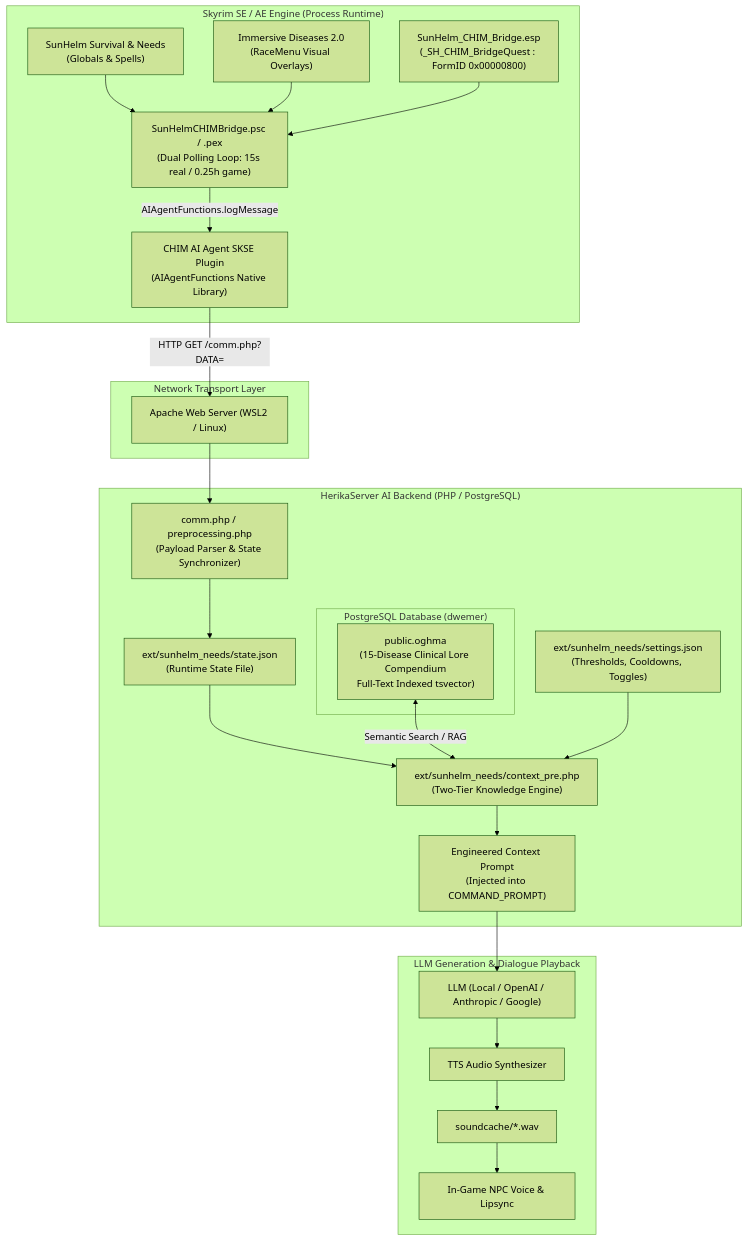
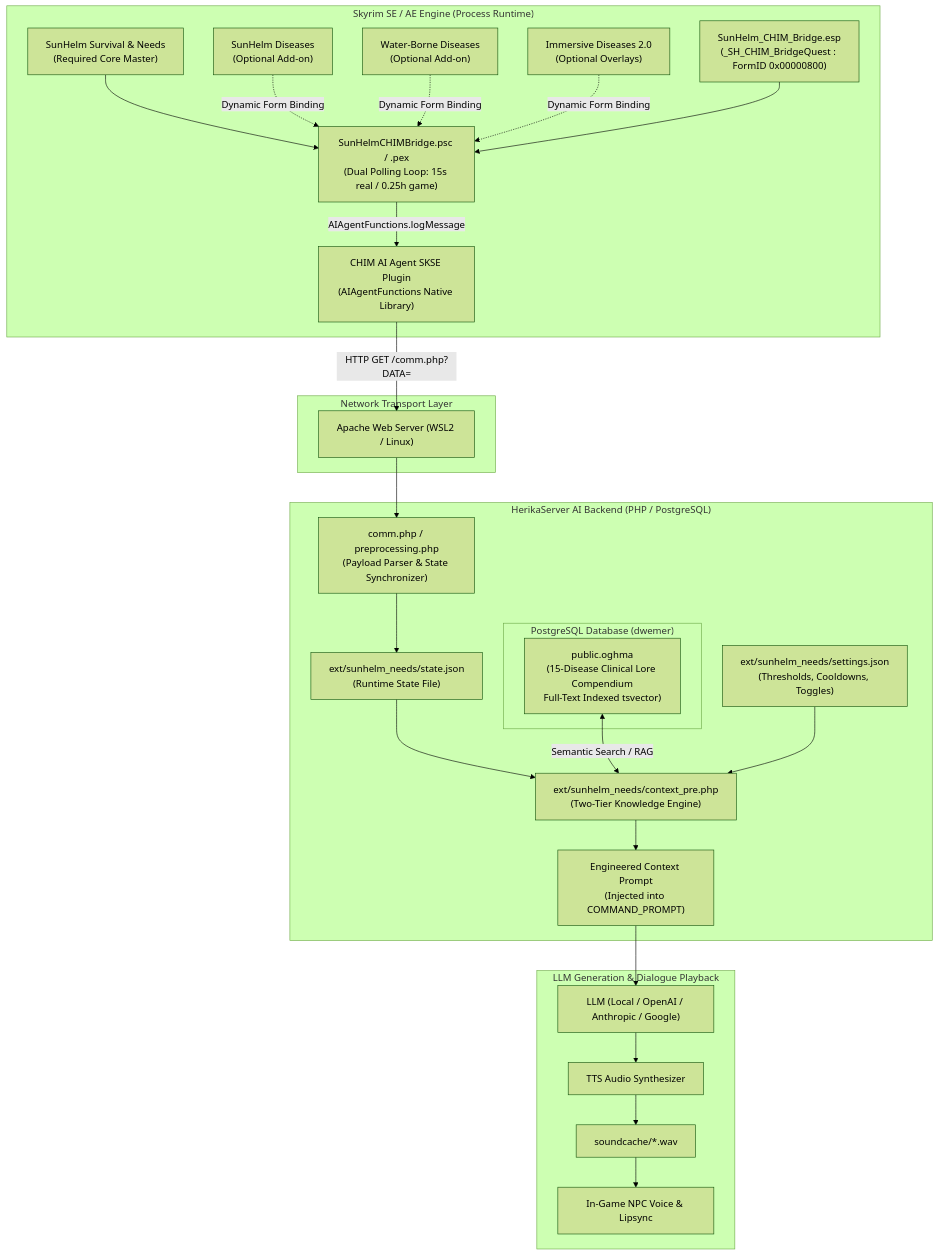
The first of 2 diagrams in ARCHITECTURE.md (Wollecss/CHIM-Needs-and-Diseases-Bridge), drawn with Mermaid (forest theme) before and after one commit. The commit also changed 1 other file, not shown here.

Commit message:
docs: prominently highlight 100% modular architecture and toggles for everything

````diff
--- a/ARCHITECTURE.md
+++ b/ARCHITECTURE.md
@@ -11,41 +11,45 @@
 ```mermaid
 flowchart TD
     subgraph SkyrimEngine ["Skyrim SE / AE Engine (Process Runtime)"]
-        SH["SunHelm Survival & Needs\n(Globals & Spells)"]
-        ID["Immersive Diseases 2.0\n(RaceMenu Visual Overlays)"]
+        SH["SunHelm Survival & Needs\n(Required Core Master)"]
+        SHD["SunHelm Diseases\n(Optional Add-on)"]
+        SHW["Water-Borne Diseases\n(Optional Add-on)"]
+        ID["Immersive Diseases 2.0\n(Optional Overlays)"]
         BridgeQuest["SunHelm_CHIM_Bridge.esp\n(_SH_CHIM_BridgeQuest : FormID 0x00000800)"]
         BridgeScript["SunHelmCHIMBridge.psc / .pex\n(Dual Polling Loop: 15s real / 0.25h game)"]
         CHIM_SKSE["CHIM AI Agent SKSE Plugin\n(AIAgentFunctions Native Library)"]
         
         SH --> BridgeScript
-        ID --> BridgeScript
+        SHD -.->|Dynamic Form Binding| BridgeScript
+        SHW -.->|Dynamic Form Binding| BridgeScript
+        ID -.->|Dynamic Form Binding| BridgeScript
         BridgeQuest --> BridgeScript
         BridgeScript -->|AIAgentFunctions.logMessage| CHIM_SKSE
     end
 
     subgraph NetworkTransport ["Network Transport Layer"]
         CHIM_SKSE -->|"HTTP GET /comm.php?DATA=<base64>"| Apache["Apache Web Server (WSL2 / Linux)"]
     end
 
     subgraph HerikaServer ["HerikaServer AI Backend (PHP / PostgreSQL)"]
         Apache --> CommPHP["comm.php / preprocessing.php\n(Payload Parser & State Synchronizer)"]
         CommPHP --> StateJSON["ext/sunhelm_needs/state.json\n(Runtime State File)"]
         
         StateJSON --> ContextPre["ext/sunhelm_needs/context_pre.php\n(Two-Tier Knowledge Engine)"]
         
         subgraph PostgresDB ["PostgreSQL Database (dwemer)"]
             Oghma["public.oghma\n(15-Disease Clinical Lore Compendium\nFull-Text Indexed tsvector)"]
         end
         
         Oghma <-->|Semantic Search / RAG| ContextPre
         SettingsJSON["ext/sunhelm_needs/settings.json\n(Thresholds, Cooldowns, Toggles)"] --> ContextPre
         ContextPre --> LLMPrompt["Engineered Context Prompt\n(Injected into COMMAND_PROMPT)"]
     end
 
     subgraph LLMInference ["LLM Generation & Dialogue Playback"]
         LLMPrompt --> LLM["LLM (Local / OpenAI / Anthropic / Google)"]
         LLM --> TTS["TTS Audio Synthesizer"]
         TTS --> AudioCache["soundcache/*.wav"]
         AudioCache --> SkyrimAudio["In-Game NPC Voice & Lipsync"]
     end
 ```
````
